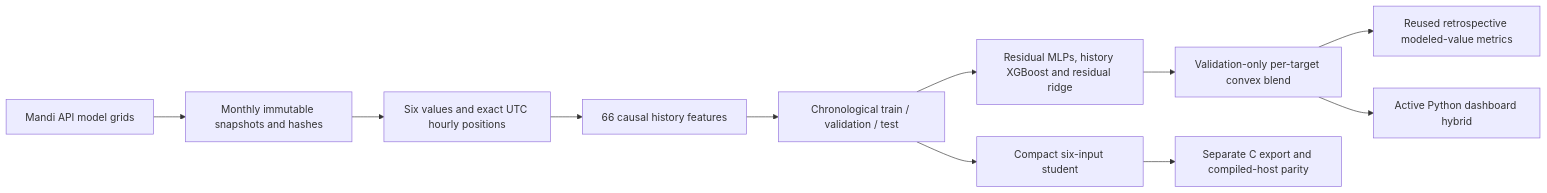
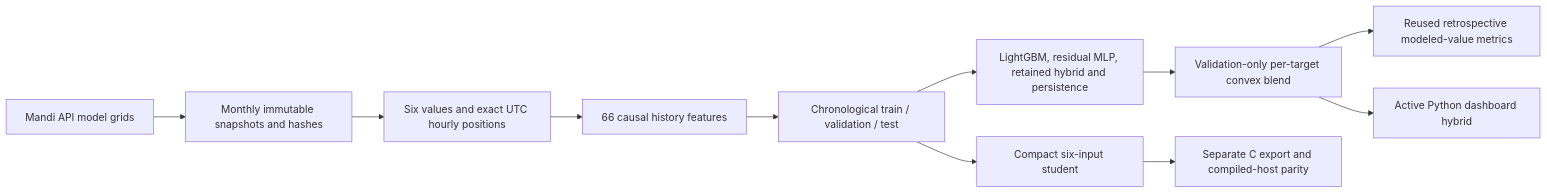
Before and after one commit to arywk40-hue/DP-IC-202-: the first of 2 diagrams in docs/ARCHITECTURE.md, drawn with Mermaid. The commit also changed other lines of this file and 66 other files, not shown here.

````diff
--- a/docs/ARCHITECTURE.md
+++ b/docs/ARCHITECTURE.md
@@ -9,13 +9,13 @@
 ```mermaid
 flowchart LR
   A[Mandi API model grids] --> B[Monthly immutable snapshots and hashes]
   B --> C[Six values and exact UTC hourly positions]
   C --> D[66 causal history features]
   D --> E[Chronological train / validation / test]
-  E --> F[Residual MLPs, history XGBoost and residual ridge]
+  E --> F[LightGBM, residual MLP, retained hybrid and persistence]
   E --> G[Compact six-input student]
   F --> H[Validation-only per-target convex blend]
   H --> I[Reused retrospective modeled-value metrics]
   H --> K[Active Python dashboard hybrid]
   G --> J[Separate C export and compiled-host parity]
 ```
````
